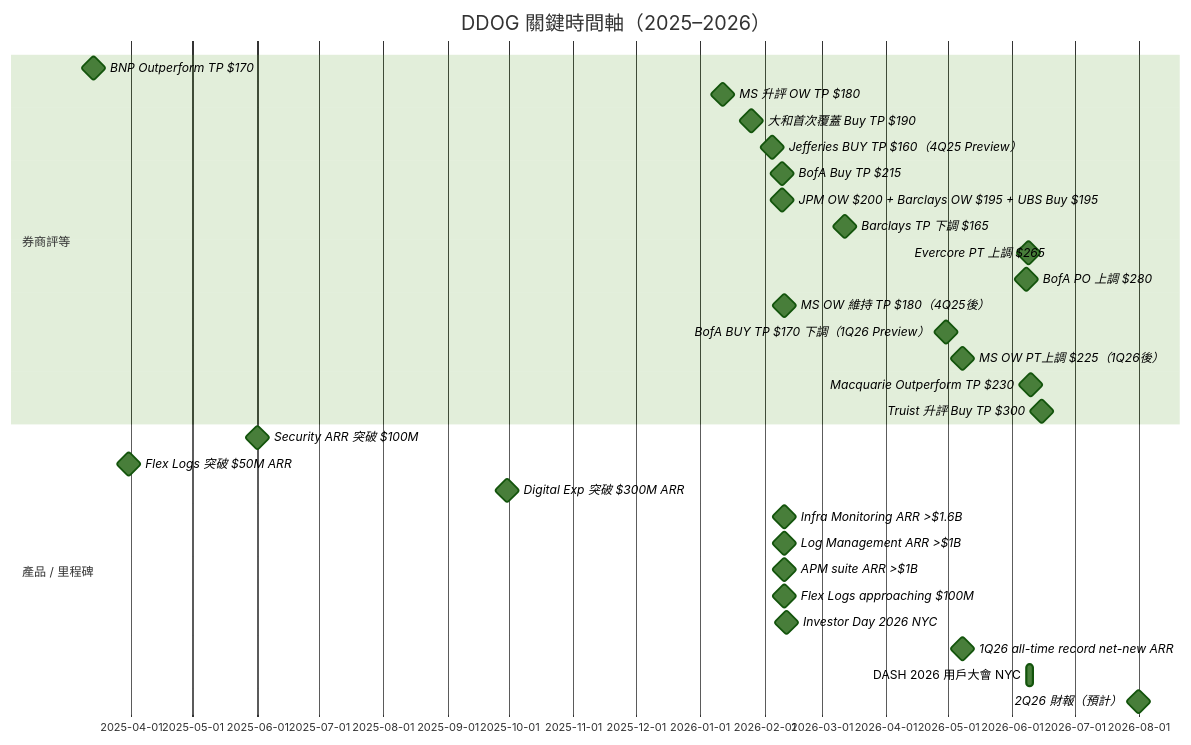
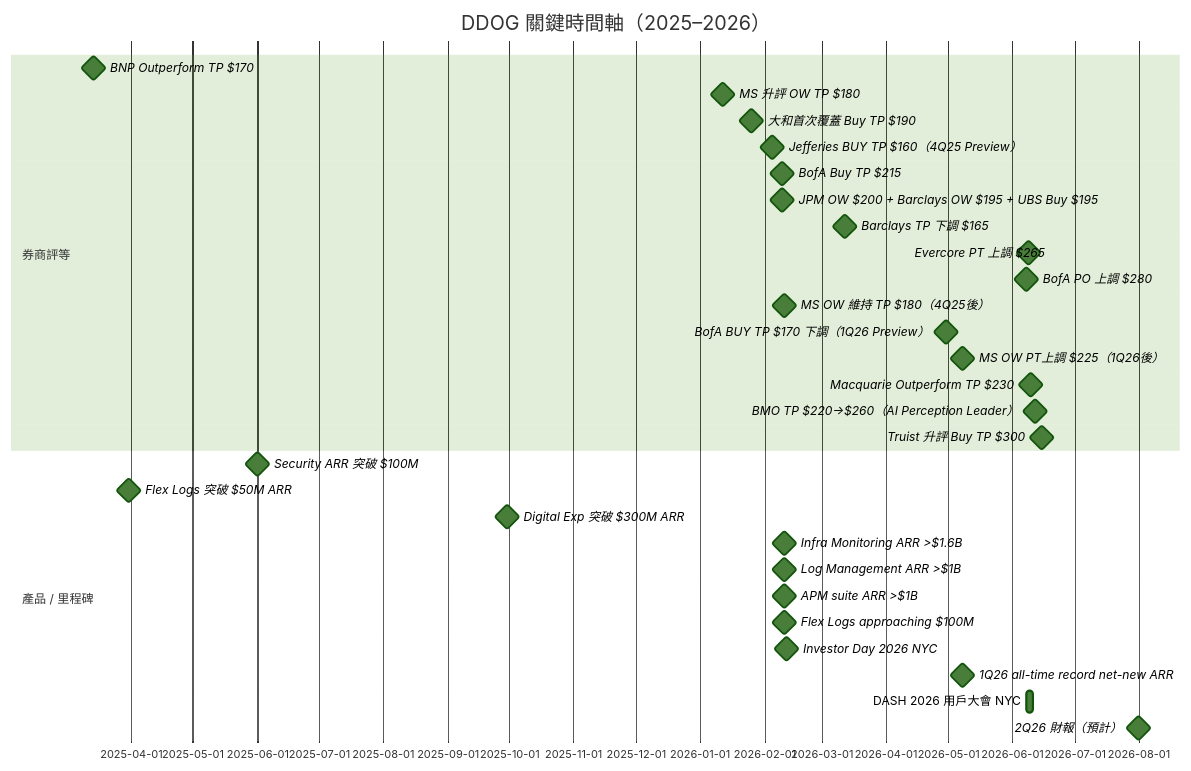
Before and after one commit to kevn950324/wiki_Stockv2: the diagram in content/lib/1.company/Overseas/DDOG.US(datadog).md, drawn with Mermaid (forest theme). The commit also changed other lines of this file and 1397 other files, not shown here.

````diff
--- a/content/lib/1.company/Overseas/DDOG.US(datadog).md
+++ b/content/lib/1.company/Overseas/DDOG.US(datadog).md
@@ -504,32 +506,33 @@
 ```mermaid
 gantt
     title DDOG 關鍵時間軸（2025–2026）
     dateFormat YYYY-MM-DD
     section 券商評等
     BNP Outperform TP $170   :milestone, 2025-03-14, 0d
     MS 升評 OW TP $180       :milestone, 2026-01-12, 0d
     大和首次覆蓋 Buy TP $190 :milestone, 2026-01-26, 0d
     Jefferies BUY TP $160（4Q25 Preview）:milestone, 2026-02-05, 0d
     BofA Buy TP $215         :milestone, 2026-02-10, 0d
     JPM OW $200 + Barclays OW $195 + UBS Buy $195 :milestone, 2026-02-10, 0d
     Barclays TP 下調 $165    :milestone, 2026-03-12, 0d
     Evercore PT 上調 $265    :milestone, 2026-06-09, 0d
     BofA PO 上調 $280        :milestone, 2026-06-08, 0d
     MS OW 維持 TP $180（4Q25後）:milestone, 2026-02-11, 0d
     BofA BUY TP $170 下調（1Q26 Preview）:milestone, 2026-04-30, 0d
     MS OW PT上調 $225（1Q26後）:milestone, 2026-05-08, 0d
     Macquarie Outperform TP $230 :milestone, 2026-06-10, 0d
+    BMO TP $220→$260（AI Perception Leader） :milestone, 2026-06-12, 0d
     Truist 升評 Buy TP $300  :milestone, 2026-06-15, 0d
     section 產品 / 里程碑
     Security ARR 突破 $100M  :milestone, 2025-06-01, 0d
     Flex Logs 突破 $50M ARR  :milestone, 2025-03-31, 0d
     Digital Exp 突破 $300M ARR :milestone, 2025-09-30, 0d
     Infra Monitoring ARR >$1.6B :milestone, 2026-02-11, 0d
     Log Management ARR >$1B  :milestone, 2026-02-11, 0d
     APM suite ARR >$1B        :milestone, 2026-02-11, 0d
     Flex Logs approaching $100M :milestone, 2026-02-11, 0d
     Investor Day 2026 NYC    :milestone, 2026-02-12, 0d
     1Q26 all-time record net-new ARR :milestone, 2026-05-08, 0d
     DASH 2026 用戶大會 NYC   :2026-06-08, 3d
     2Q26 財報（預計）        :milestone, 2026-08-01, 0d
 ```
````
